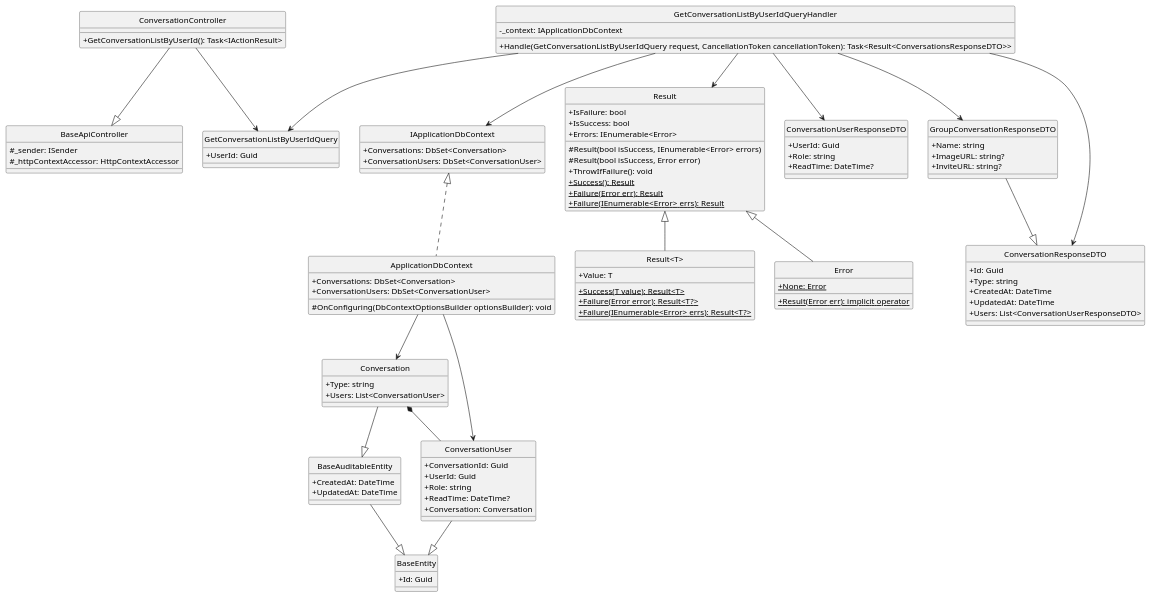
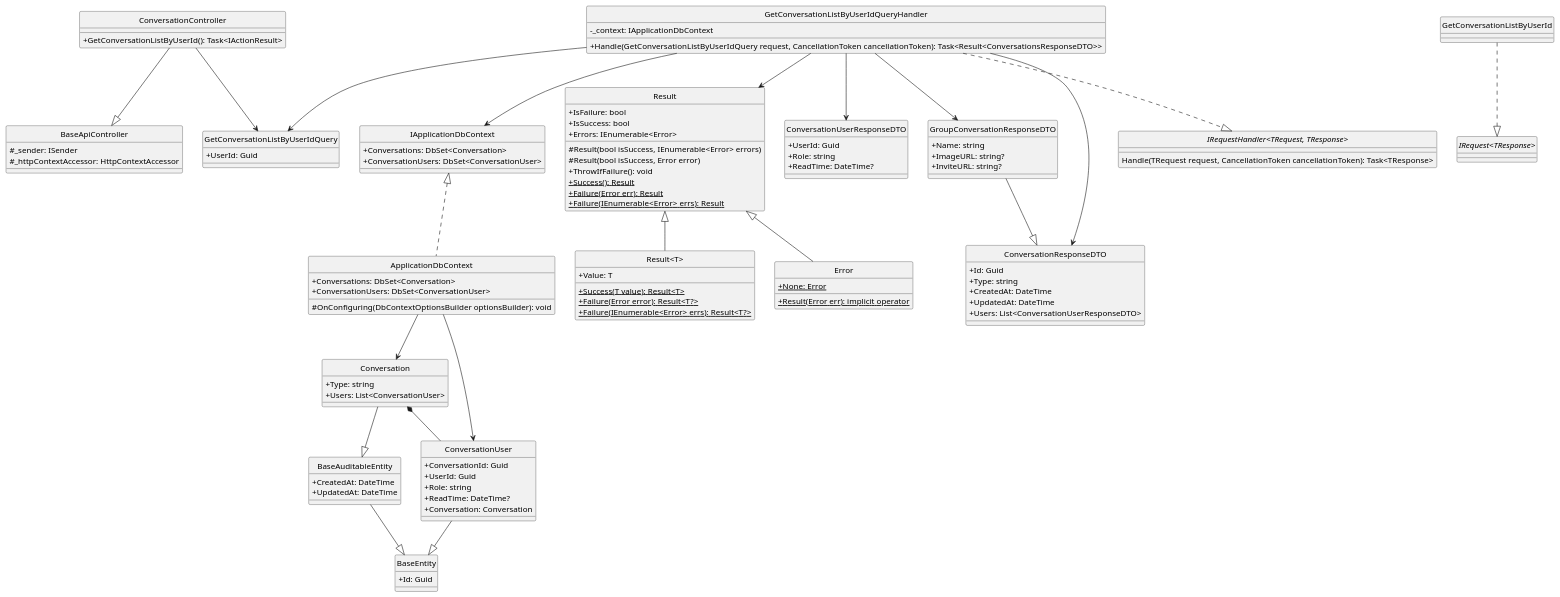
Before and after one commit to Carl-Johnsons/Chat-Application: the diagram in docs/Class Diagram/Conversation/GetConversationListByUserId/ClassDiagram.plantuml, drawn with PlantUML. The commit also changed 13 other files, not shown here.

Commit message:
update conversation class diagram

```diff
--- a/docs/Class Diagram/Conversation/GetConversationListByUserId/ClassDiagram.plantuml
+++ b/docs/Class Diagram/Conversation/GetConversationListByUserId/ClassDiagram.plantuml
@@ -1,123 +1,130 @@
-@startuml 
+@startuml getConversationListByUserId
 hide circle
 skinparam classAttributeIconSize 0
 
 class BaseApiController {
     #_sender: ISender
     #_httpContextAccessor: HttpContextAccessor 
 }
 
 class ConversationController {
     +GetConversationListByUserId(): Task<IActionResult>
 }
 
 class GetConversationListByUserIdQuery {
     +UserId: Guid
 }
 
 class GetConversationListByUserIdQueryHandler {
     -_context: IApplicationDbContext
     +Handle(GetConversationListByUserIdQuery request, CancellationToken cancellationToken): Task<Result<ConversationsResponseDTO>>
 }
 
 class IApplicationDbContext {
     +Conversations: DbSet<Conversation>
     +ConversationUsers: DbSet<ConversationUser>
 }
 
 class ApplicationDbContext {
     +Conversations: DbSet<Conversation>
     +ConversationUsers: DbSet<ConversationUser>
     #OnConfiguring(DbContextOptionsBuilder optionsBuilder): void
 }
 
 class Result {
     +IsFailure: bool
     +IsSuccess: bool
     +Errors: IEnumerable<Error>
     #Result(bool isSuccess, IEnumerable<Error> errors)
     #Result(bool isSuccess, Error error)
     +ThrowIfFailure(): void
     +{static} Success(): Result 
     +{static} Failure(Error err): Result
     +{static} Failure(IEnumerable<Error> errs): Result
 }
 
 class "Result<T>" {
     +Value: T
     +{static} Success(T value): Result<T>
     +{static} Failure(Error error): Result<T?>
     +{static} Failure(IEnumerable<Error> errs): Result<T?>
 }
 
 class Error {
     +{static} None: Error
     +{static} Result(Error err): implicit operator
 }
 
 class ConversationUserResponseDTO {
     +UserId: Guid
     +Role: string
     +ReadTime: DateTime?
 }
 
 class GroupConversationResponseDTO {
     +Name: string
     +ImageURL: string? 
     +InviteURL: string? 
 }
 
 class ConversationResponseDTO {
     +Id: Guid
     +Type: string
     +CreatedAt: DateTime 
     +UpdatedAt: DateTime
     +Users: List<ConversationUserResponseDTO>
 }
 
 class BaseEntity {
     +Id: Guid
 }
 
 class BaseAuditableEntity{
     +CreatedAt: DateTime
     +UpdatedAt: DateTime
 }
 
 class Conversation {
     +Type: string
     +Users: List<ConversationUser>
 }
 
 class ConversationUser {
     +ConversationId: Guid
     +UserId: Guid
     +Role: string 
     +ReadTime: DateTime?
     +Conversation: Conversation
 }
 
+interface "IRequest<TResponse>"
+interface "IRequestHandler<TRequest, TResponse>"{
+    Handle(TRequest request, CancellationToken cancellationToken): Task<TResponse>
+}
+
 '==== Get Conversation List By User Id ====
 'API Layer
 ConversationController --|> BaseApiController
 ConversationController --> GetConversationListByUserIdQuery
 'Application Layer
+GetConversationListByUserId ..|> "IRequest<TResponse>"
+GetConversationListByUserIdQueryHandler ..|> "IRequestHandler<TRequest, TResponse>"
 GetConversationListByUserIdQueryHandler --> GetConversationListByUserIdQuery
 GetConversationListByUserIdQueryHandler --> Result
 GetConversationListByUserIdQueryHandler --> IApplicationDbContext
 GetConversationListByUserIdQueryHandler --> ConversationUserResponseDTO
 GetConversationListByUserIdQueryHandler --> ConversationResponseDTO
 GetConversationListByUserIdQueryHandler --> GroupConversationResponseDTO
 'Domain Layer
 GroupConversationResponseDTO --|> ConversationResponseDTO
 Result <|-- Error
 Result <|-- "Result<T>"
 ConversationUser --|> BaseEntity
 Conversation --|> BaseAuditableEntity
 Conversation *-- ConversationUser
 BaseAuditableEntity --|>BaseEntity
 'Infrastructure Layer
 IApplicationDbContext <|.. ApplicationDbContext
 ApplicationDbContext --> ConversationUser
 ApplicationDbContext --> Conversation
 @enduml
```
